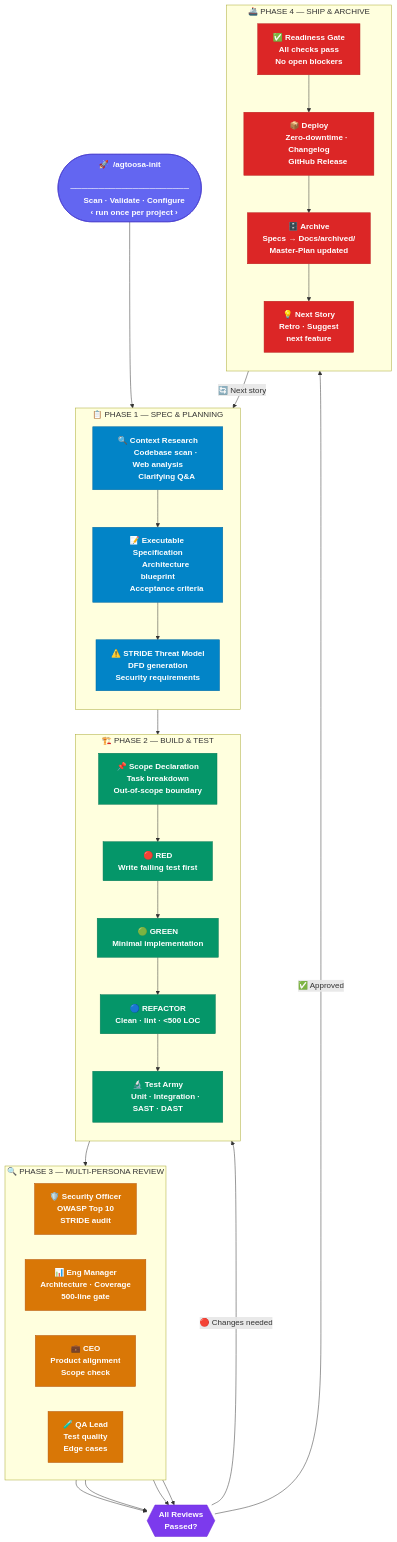
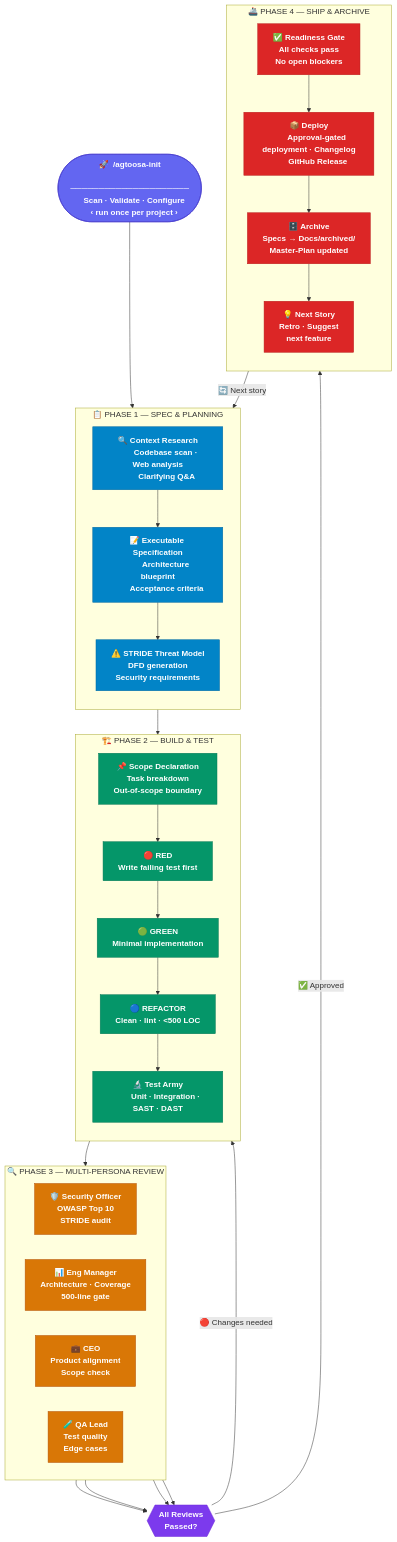
One commit to sky2464/AgToosa changed the diagram in README.md. Above: the diagram before and after it, drawn with Mermaid. The commit also changed other lines of this file and 170 other files, not shown here.

```diff
--- a/README.md
+++ b/README.md
@@ -239,7 +239,7 @@
         All checks pass
         No open blockers"]
         SH2["📦 Deploy
-        Zero-downtime · Changelog
+        Approval-gated deployment · Changelog
         GitHub Release"]
         SH3["🗄️ Archive
         Specs → Docs/archived/
```
